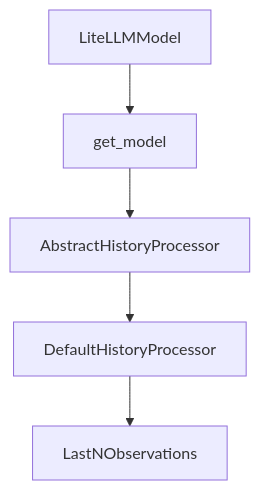
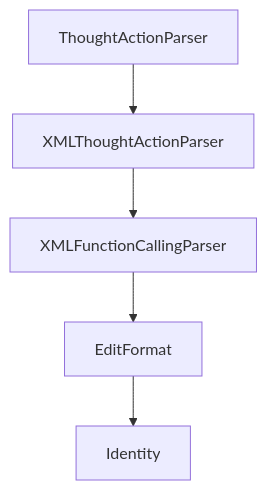
One commit to johnxie/awesome-code-docs changed the diagram in tutorials/swe-agent-tutorial/07-development-and-contribution-workflow.md. Above: the diagram before and after it, drawn with Mermaid. The commit also changed other lines of this file and 1232 other files, not shown here.

````diff
--- a/tutorials/swe-agent-tutorial/07-development-and-contribution-workflow.md
+++ b/tutorials/swe-agent-tutorial/07-development-and-contribution-workflow.md
@@ -213,12 +211,12 @@
 ```mermaid
 flowchart TD
-    A[LiteLLMModel]
-    B[get_model]
-    C[AbstractHistoryProcessor]
-    D[DefaultHistoryProcessor]
-    E[LastNObservations]
+    A[ThoughtActionParser]
+    B[XMLThoughtActionParser]
+    C[XMLFunctionCallingParser]
+    D[EditFormat]
+    E[Identity]
     A --> B
     B --> C
     C --> D
     D --> E
 ```
````
